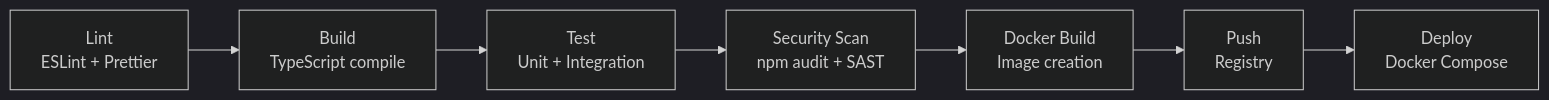
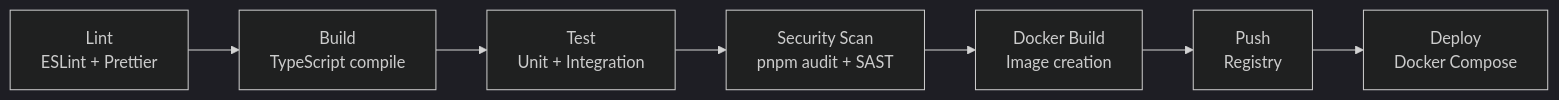
The diagram in docs/sdlc_guidelines/06_integration_cicd/ci_cd_pipeline.md (arvinddhasmana/SBTM), drawn with Mermaid (dark theme) before and after one commit. The commit also changed other lines of this file and 54 other files, not shown here.

Commit message:
Added Setup and Seed data for Real world demo without simulation. Replaced npm with pnpm everywhere.

````diff
--- a/docs/sdlc_guidelines/06_integration_cicd/ci_cd_pipeline.md
+++ b/docs/sdlc_guidelines/06_integration_cicd/ci_cd_pipeline.md
@@ -13,9 +13,9 @@
 ```mermaid
 graph LR
     LINT[Lint<br/>ESLint + Prettier] --> BUILD[Build<br/>TypeScript compile]
     BUILD --> TEST[Test<br/>Unit + Integration]
-    TEST --> SEC[Security Scan<br/>npm audit + SAST]
+    TEST --> SEC[Security Scan<br/>pnpm audit + SAST]
     SEC --> DOCKER[Docker Build<br/>Image creation]
     DOCKER --> PUSH[Push<br/>Registry]
     PUSH --> DEPLOY[Deploy<br/>Docker Compose]
 ```
````
